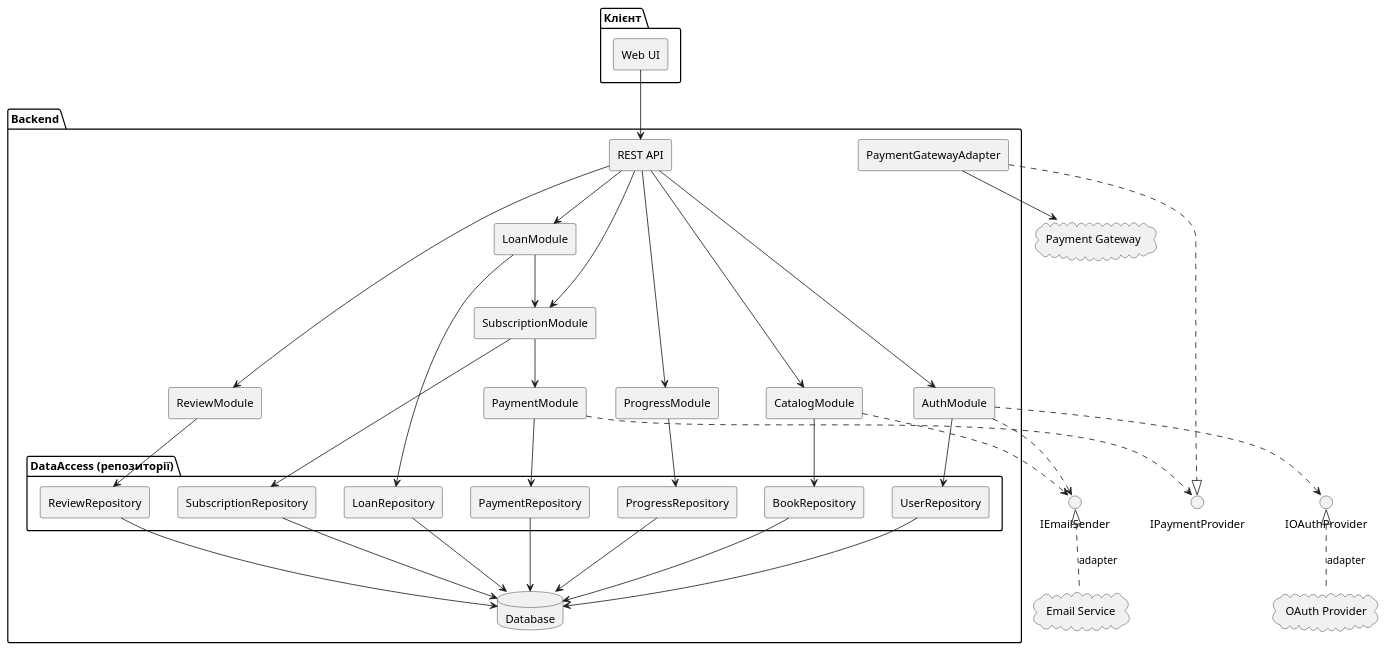
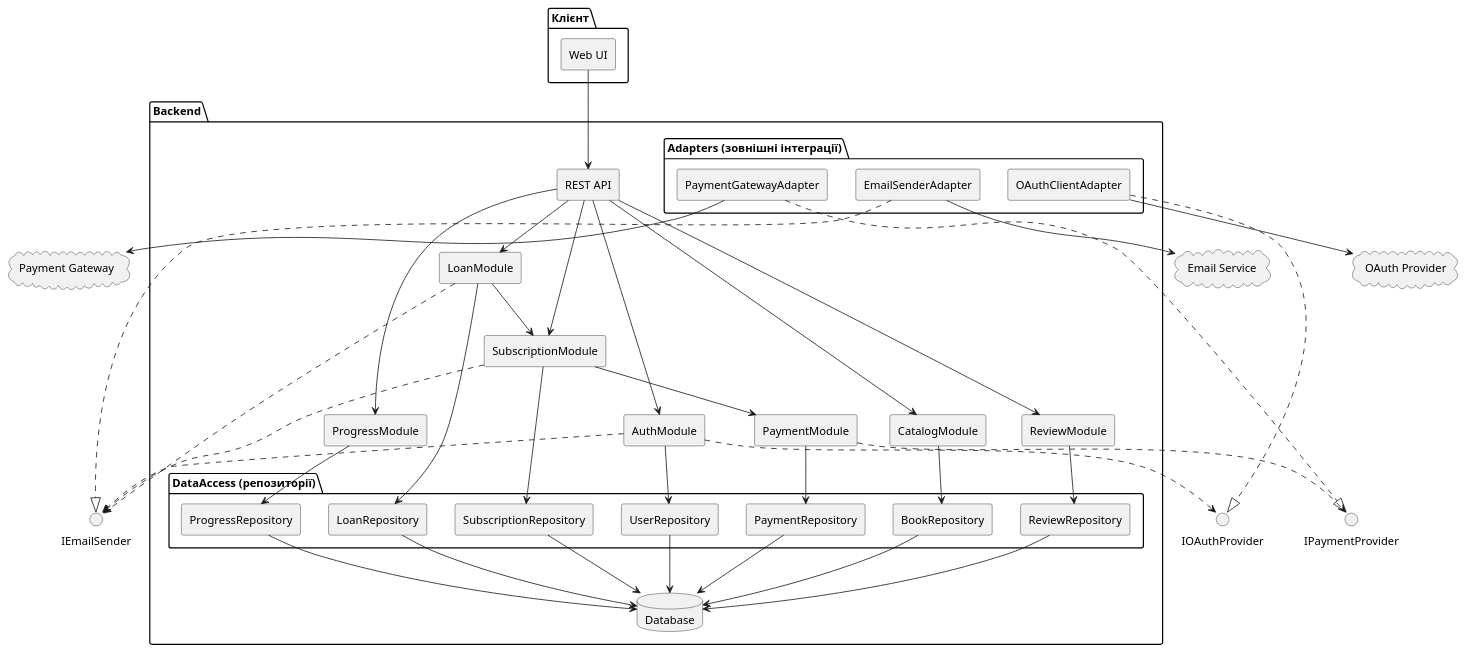
The diagram in Labs/lab5-architecture/model/components.puml (sanyalovemoney/KPI_labs), drawn with PlantUML before and after one commit.

Commit message:
lab5: fix - ports-and-adapters for all three integrations, email port to its real senders
Audit found only payment had an adapter; criterion requires one per external integration. CatalogModule never sends mail - reminder mail belongs to LoanModule (UC-12), welcome mail to SubscriptionModule, confirmation to AuthModule. Payment port required by PaymentModule, not SubscriptionModule.

```diff
--- a/Labs/lab5-architecture/model/components.puml
+++ b/Labs/lab5-architecture/model/components.puml
@@ -1,76 +1,90 @@
 @startuml components
 skinparam componentStyle rectangle
 
 package "Клієнт" {
   [Web UI]
 }
 
 package "Backend" {
   [REST API]
   [AuthModule]
   [CatalogModule]
   [SubscriptionModule]
   [PaymentModule]
   [LoanModule]
   [ReviewModule]
   [ProgressModule]
-  [PaymentGatewayAdapter]
+
+  package "Adapters (зовнішні інтеграції)" {
+    [PaymentGatewayAdapter]
+    [EmailSenderAdapter]
+    [OAuthClientAdapter]
+  }
+
   package "DataAccess (репозиторії)" {
     [UserRepository]
     [BookRepository]
     [SubscriptionRepository]
     [PaymentRepository]
     [LoanRepository]
     [ReviewRepository]
     [ProgressRepository]
   }
   database "Database" as DB
 }
 
 ' зовнішні системи — актори Lab2 / swimlane Lab4, поза межею
 cloud "Payment Gateway" as PG
 cloud "Email Service" as MAIL
 cloud "OAuth Provider" as OAUTH
 
+' required-порти (абстракції всередині межі)
 interface "IPaymentProvider" as IPP
 interface "IEmailSender" as IES
 interface "IOAuthProvider" as IOA
 
 [Web UI] --> [REST API]
 [REST API] --> [AuthModule]
 [REST API] --> [CatalogModule]
 [REST API] --> [SubscriptionModule]
 [REST API] --> [LoanModule]
 [REST API] --> [ReviewModule]
 [REST API] --> [ProgressModule]
 
+' виклик позики підписки (UC-03 include UC-04, Lab2)
 [SubscriptionModule] --> [PaymentModule]
+
+' модулі залежать лише на абстракцію порту, не на конкретний сервіс
 [PaymentModule] ..> IPP
+[SubscriptionModule] ..> IES
+[AuthModule] ..> IES
+[LoanModule] ..> IES
+[AuthModule] ..> IOA
+
+' адаптери реалізують порт і дивляться на зовнішню систему
 [PaymentGatewayAdapter] ..|> IPP
+[EmailSenderAdapter] ..|> IES
+[OAuthClientAdapter] ..|> IOA
 [PaymentGatewayAdapter] --> PG
-
-[AuthModule] ..> IOA
-[AuthModule] ..> IES
-[CatalogModule] ..> IES
-IOA <|.. OAUTH : adapter
-IES <|.. MAIL : adapter
+[EmailSenderAdapter] --> MAIL
+[OAuthClientAdapter] --> OAUTH
 
 ' один напрямок, як у Lab3: LoanModule питає SubscriptionService
 [LoanModule] --> [SubscriptionModule]
 
 [AuthModule] --> [UserRepository]
 [CatalogModule] --> [BookRepository]
 [SubscriptionModule] --> [SubscriptionRepository]
 [PaymentModule] --> [PaymentRepository]
 [LoanModule] --> [LoanRepository]
 [ReviewModule] --> [ReviewRepository]
 [ProgressModule] --> [ProgressRepository]
 
 [UserRepository] --> DB
 [BookRepository] --> DB
 [SubscriptionRepository] --> DB
 [PaymentRepository] --> DB
 [LoanRepository] --> DB
 [ReviewRepository] --> DB
 [ProgressRepository] --> DB
 @enduml
```
